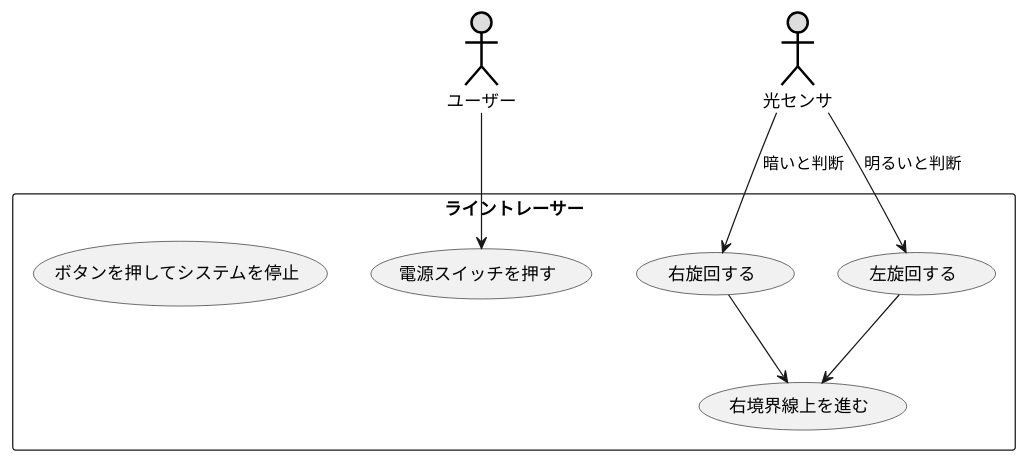
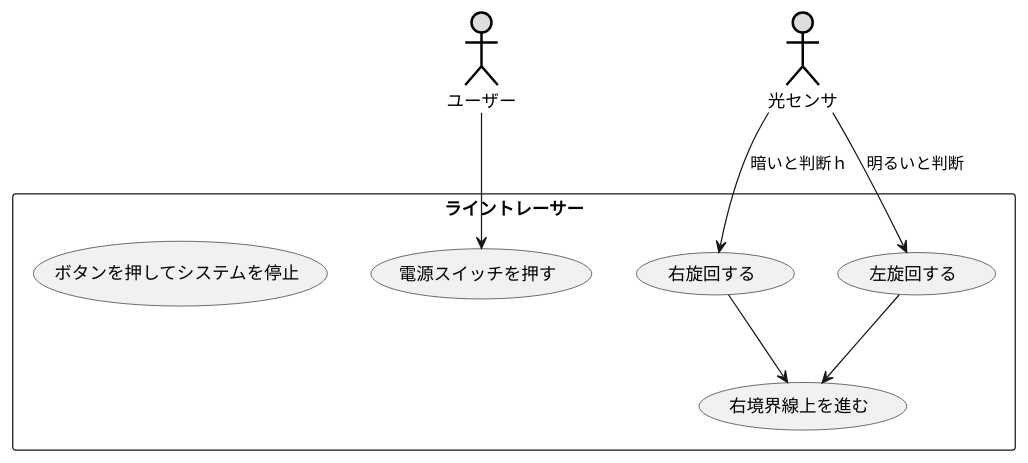
One commit to Charo249/uml_introduction changed the diagram in 605/演習6-5-3_ステートマシン図_ライントレーサー.pu. Above: the diagram before and after it, drawn with PlantUML.

Commit message:
じじ

```diff
--- a/605/演習6-5-3_ステートマシン図_ライントレーサー.pu
+++ b/605/演習6-5-3_ステートマシン図_ライントレーサー.pu
@@ -1,23 +1,24 @@
 @startuml
 
 actor ユーザー #DDDDDD;line:Black;line.bold;
 actor 光センサ #DDDDDD;line:Black;line.bold;
 
 rectangle ライントレーサー{
 usecase 電源スイッチを押す
 usecase 右旋回する
 usecase 左旋回する
 usecase 右境界線上を進む
 usecase ボタンを押してシステムを停止
 
 }
 
+
 ユーザー --> 電源スイッチを押す
 
-光センサ --> 右旋回する :暗いと判断
+光センサ --> 右旋回する :暗いと判断ｈ
 光センサ --> 左旋回する :明るいと判断 
 右旋回する --> 右境界線上を進む
 左旋回する --> 右境界線上を進む
 
 
 @endUml
```
